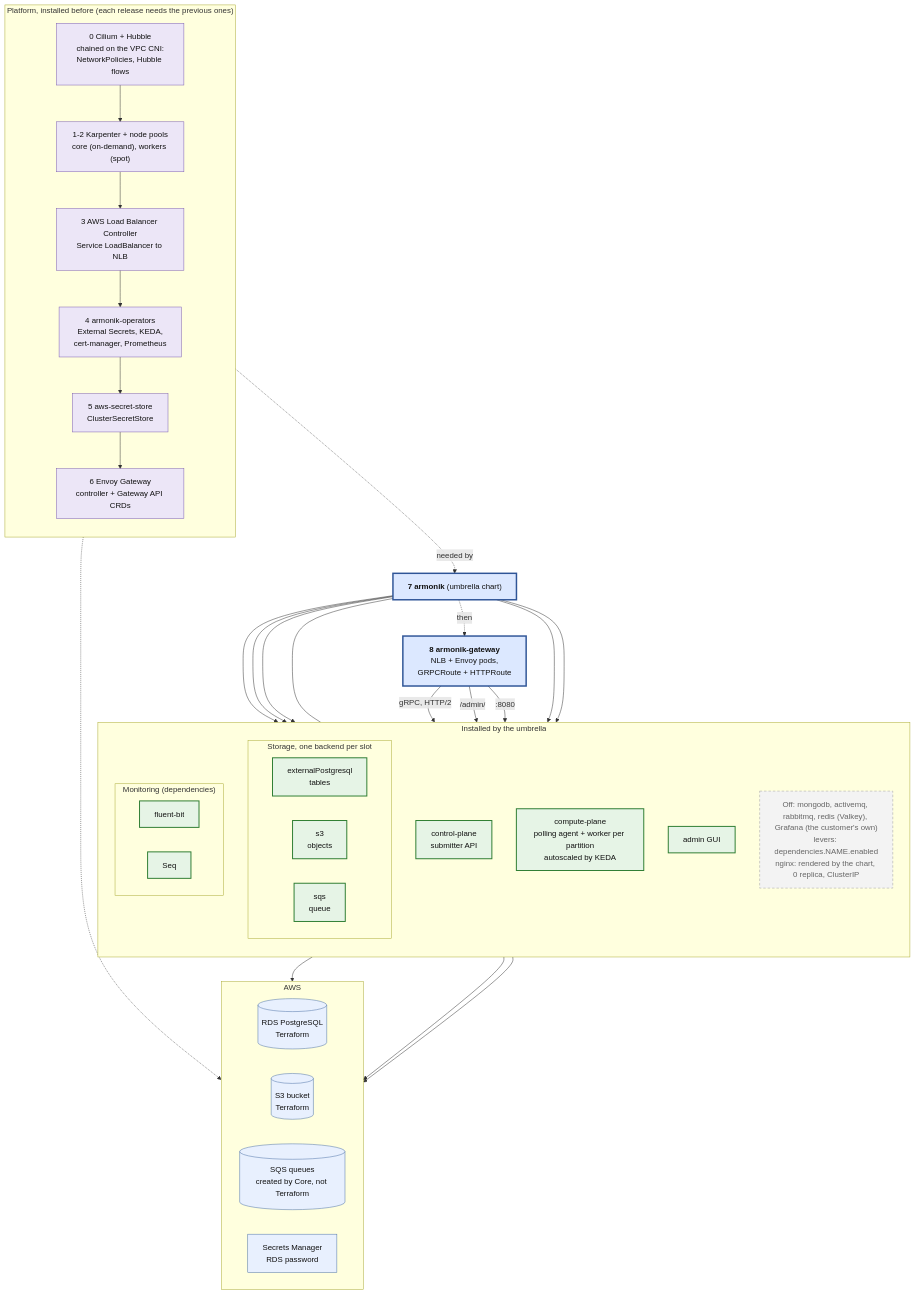
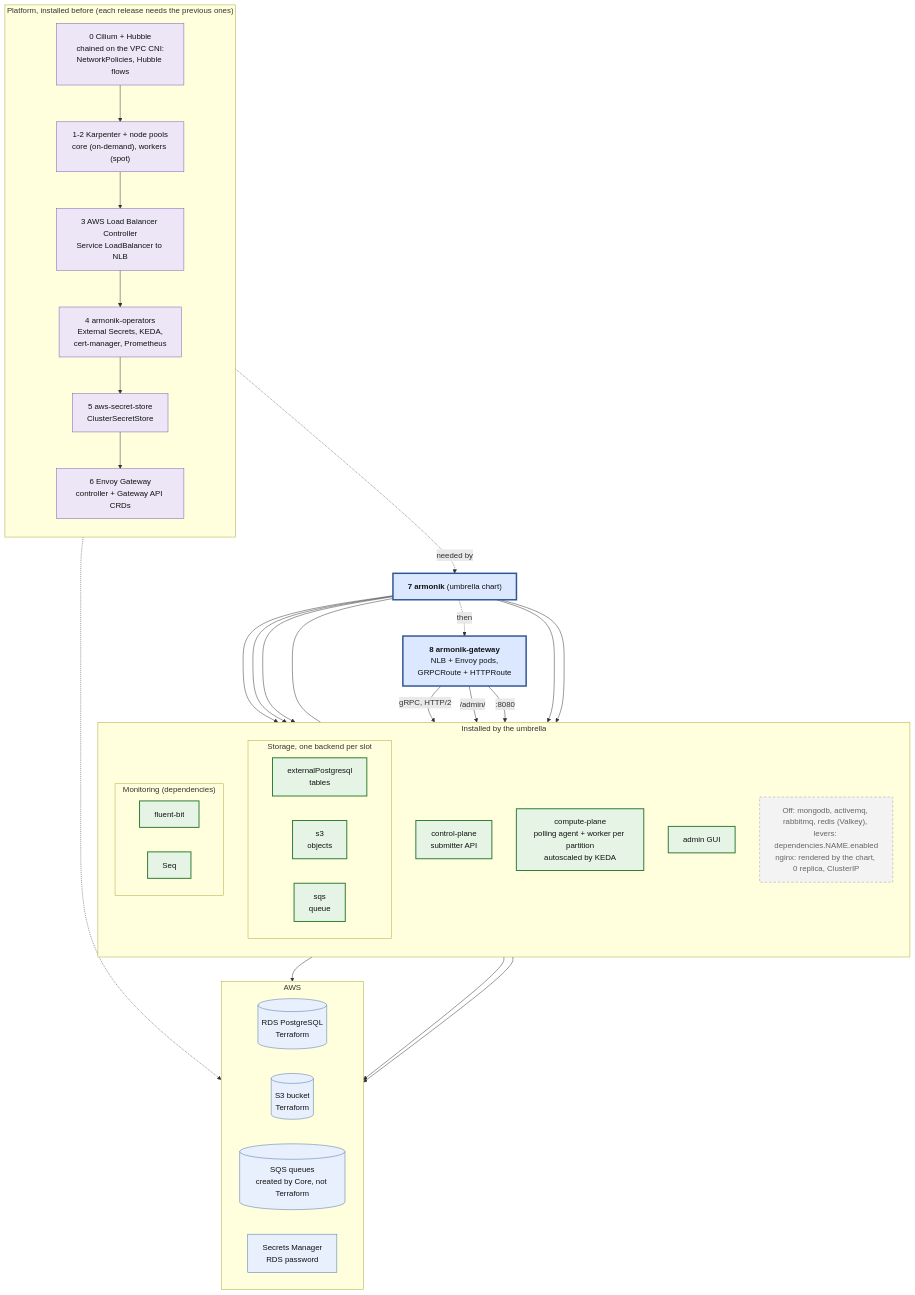
One commit to aneoconsulting/ArmoniK changed the first of 2 diagrams in infrastructure/quick-deploy/aws-charts/docs/diagrams/01-deployment.md. Above: the diagram before and after it, drawn with Mermaid. The commit also changed other lines of this file and 13 other files, not shown here.

````diff
--- a/infrastructure/quick-deploy/aws-charts/docs/diagrams/01-deployment.md
+++ b/infrastructure/quick-deploy/aws-charts/docs/diagrams/01-deployment.md
@@ -7,65 +7,65 @@
 ```mermaid
 flowchart TD
     classDef umb fill:#dce8ff,stroke:#2f5597,stroke-width:3px,color:#111
     classDef on fill:#e6f4e6,stroke:#2e7d32,stroke-width:2px,color:#111
     classDef plat fill:#ece6f7,stroke:#7a5cb0,color:#111
     classDef aws fill:#e8f0fe,stroke:#4a6fa5,color:#111
     classDef off fill:#f3f3f3,stroke:#9e9e9e,stroke-dasharray:5 4,color:#666
 
     U["<b>7 armonik</b> (umbrella chart)"]:::umb
 
     subgraph APP["Installed by the umbrella"]
         direction TB
         CP["control-plane<br/>submitter API"]:::on
         COMP["compute-plane<br/>polling agent + worker per partition<br/>autoscaled by KEDA"]:::on
         GUI["admin GUI"]:::on
         subgraph STORE["Storage, one backend per slot"]
             direction LR
             PG["externalPostgresql<br/>tables"]:::on
             S3C["s3<br/>objects"]:::on
             SQSC["sqs<br/>queue"]:::on
         end
         subgraph MON["Monitoring (dependencies)"]
             direction LR
             FB["fluent-bit"]:::on
             SEQ["Seq"]:::on
         end
-        OFF["Off: mongodb, activemq, rabbitmq, redis (Valkey), Grafana (the customer's own)<br/>levers: dependencies.NAME.enabled<br/>nginx: rendered by the chart, 0 replica, ClusterIP"]:::off
+        OFF["Off: mongodb, activemq, rabbitmq, redis (Valkey), levers: dependencies.NAME.enabled<br/>nginx: rendered by the chart, 0 replica, ClusterIP"]:::off
     end
     U --> CP
     U --> COMP
     U --> GUI
     U --> STORE
     U --> MON
     U --- OFF
 
     subgraph PLAT["Platform, installed before (each release needs the previous ones)"]
         direction TB
         CIL["0 Cilium + Hubble<br/>chained on the VPC CNI:<br/>NetworkPolicies, Hubble flows"]:::plat
         KAR["1-2 Karpenter + node pools<br/>core (on-demand), workers (spot)"]:::plat
         LBC["3 AWS Load Balancer Controller<br/>Service LoadBalancer to NLB"]:::plat
         OPS["4 armonik-operators<br/>External Secrets, KEDA,<br/>cert-manager, Prometheus"]:::plat
         CSS["5 aws-secret-store<br/>ClusterSecretStore"]:::plat
         EG["6 Envoy Gateway<br/>controller + Gateway API CRDs"]:::plat
         CIL --> KAR --> LBC --> OPS --> CSS --> EG
     end
     EG -.->|"needed by"| U
 
     GW["<b>8 armonik-gateway</b><br/>NLB + Envoy pods,<br/>GRPCRoute + HTTPRoute"]:::umb
     U -.->|"then"| GW
     GW -->|"gRPC, HTTP/2"| CP
     GW -->|"/admin/"| GUI
     GW -->|":8080"| SEQ
 
     subgraph AWSZ["AWS"]
         direction LR
         RDS[("RDS PostgreSQL<br/>Terraform")]:::aws
         S3[("S3 bucket<br/>Terraform")]:::aws
         SQS[("SQS queues<br/>created by Core, not Terraform")]:::aws
         SM["Secrets Manager<br/>RDS password"]:::aws
     end
     PG --> RDS
     S3C --> S3
     SQSC --> SQS
     CSS -.-> SM
 ```
````
